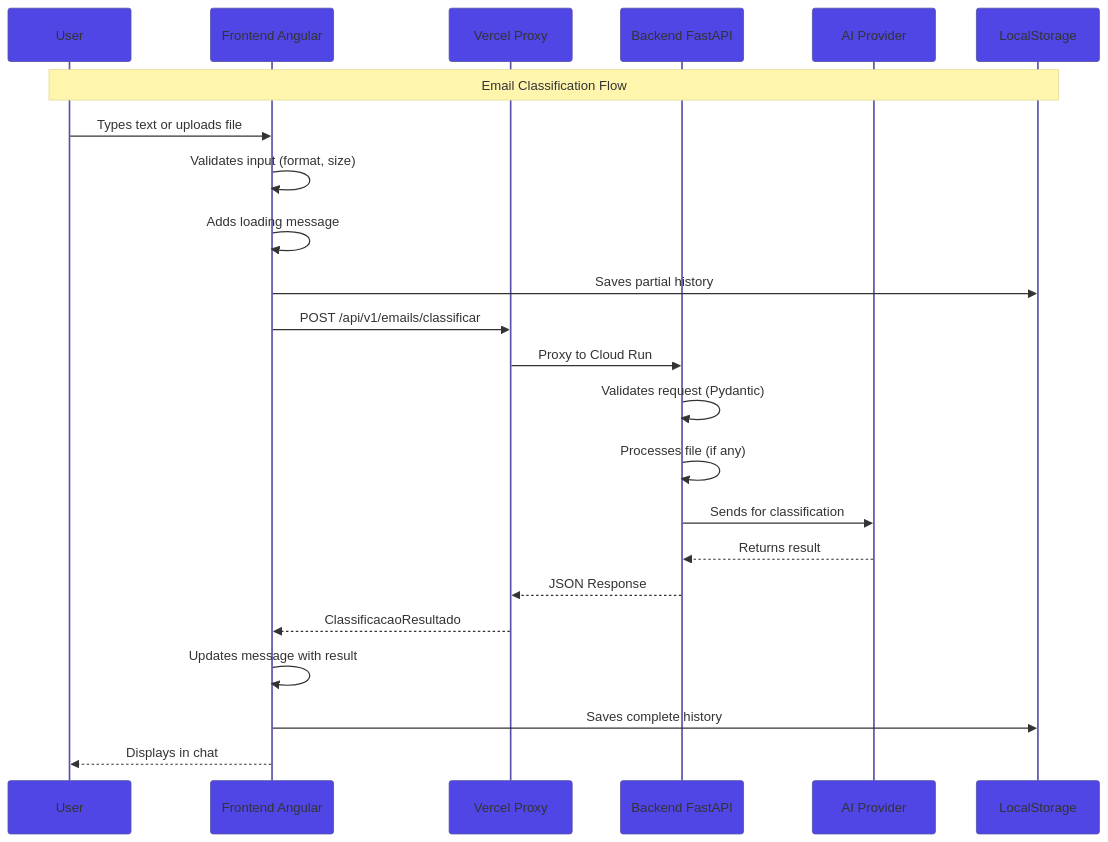
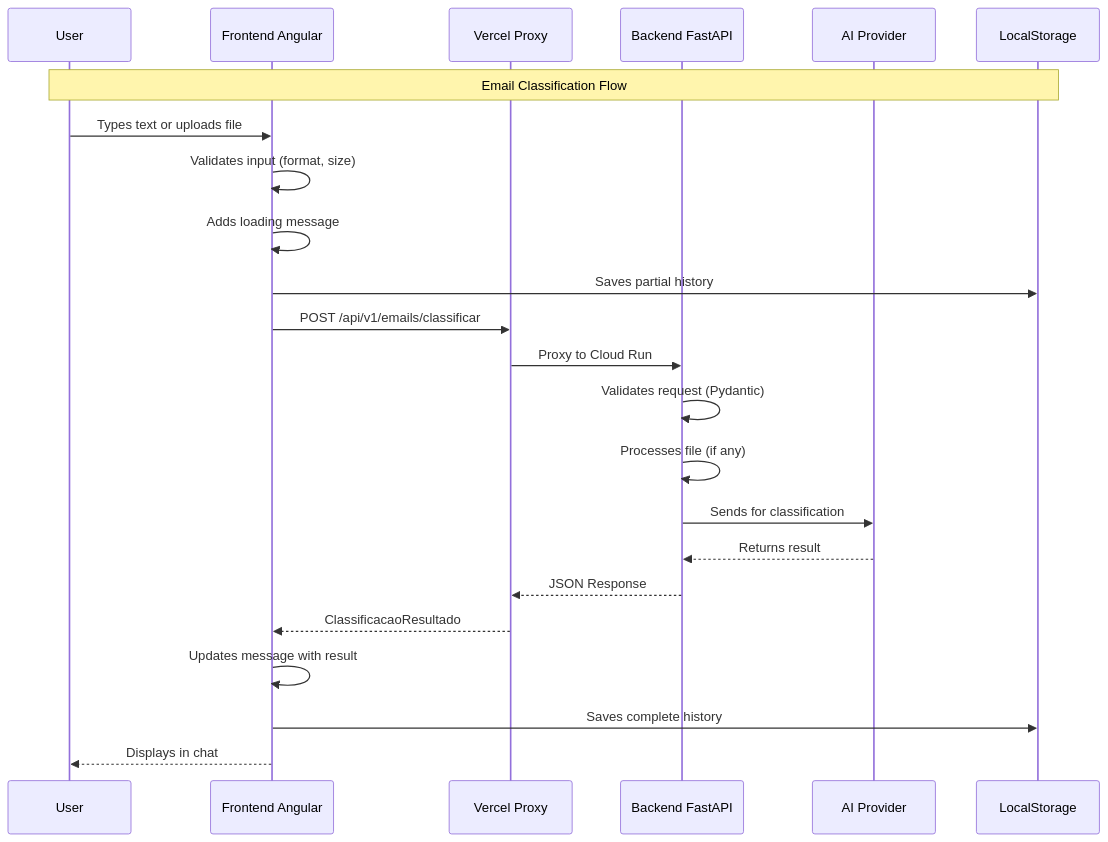
Before and after one commit to wmakeouthill/certificados-wesley: the second of 4 diagrams in portfolio-content/projects/desafio_fullstack-english.md, drawn with Mermaid. The commit also changed other lines of this file and 2 other files, not shown here.

````diff
--- a/portfolio-content/projects/desafio_fullstack-english.md
+++ b/portfolio-content/projects/desafio_fullstack-english.md
@@ -192,28 +192,28 @@
 ```mermaid
-%%{init: {'theme': 'base', 'themeVariables': { 'primaryColor': '#4f46e5'}}}%%
+%%{title: "Email Classification Communication Flow"}%%
 sequenceDiagram
     participant U as User
     participant F as Frontend Angular
     participant V as Vercel Proxy
     participant B as Backend FastAPI
     participant AI as AI Provider
     participant LS as LocalStorage
 
     Note over U,LS: Email Classification Flow
 
     U->>F: Types text or uploads file
     F->>F: Validates input (format, size)
     F->>F: Adds loading message
     F->>LS: Saves partial history
     F->>V: POST /api/v1/emails/classificar
     V->>B: Proxy to Cloud Run
     B->>B: Validates request (Pydantic)
     B->>B: Processes file (if any)
     B->>AI: Sends for classification
     AI-->>B: Returns result
     B-->>V: JSON Response
     V-->>F: ClassificacaoResultado
     F->>F: Updates message with result
     F->>LS: Saves complete history
     F-->>U: Displays in chat
 ```
````
